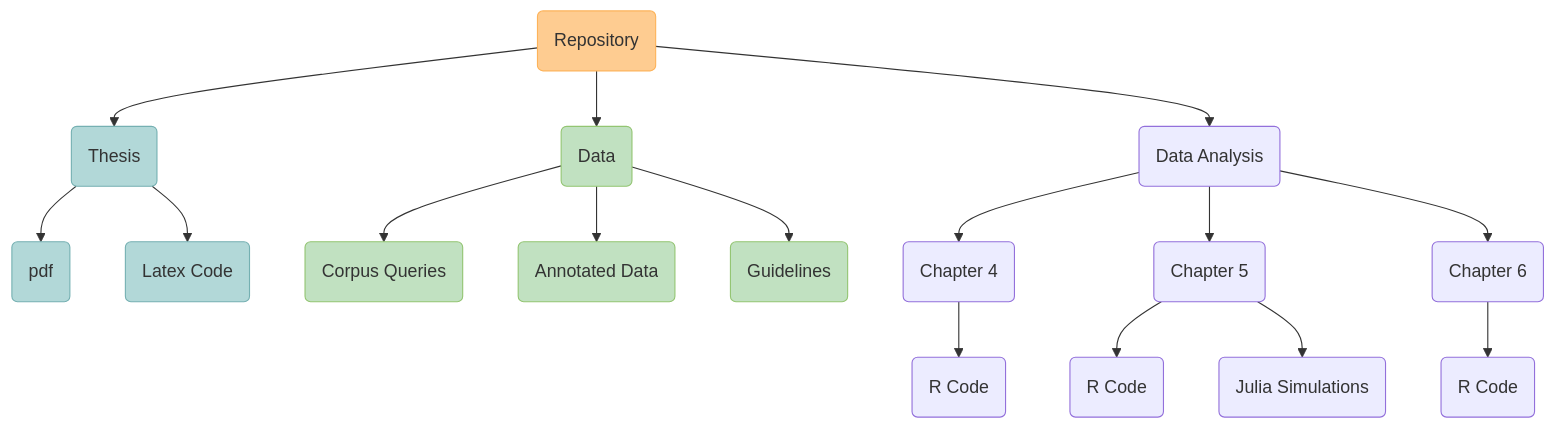
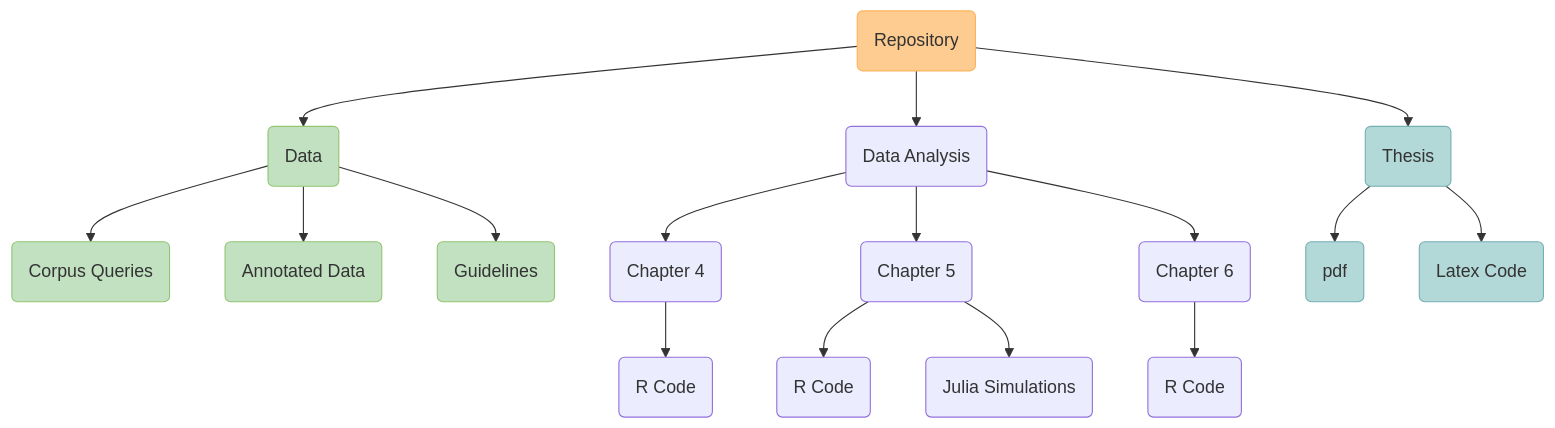
Before and after one commit to Raquel-Montero/PhDThesis: the diagram in README.md, drawn with Mermaid. The commit also changed other lines of this file, not shown here.

````diff
--- a/README.md
+++ b/README.md
@@ -11,27 +11,27 @@
 ```mermaid
 graph TD;
-    A(Repository) --> B(Thesis);
-    B(Thesis) --> B1(pdf);
-    B(Thesis) --> B2(Latex Code);
     A(Repository) --> Q(Data);
     Q(Data) --> Q1(Corpus Queries);
     Q(Data) --> Q2(Annotated Data);
     Q(Data) --> Q3(Guidelines);
     A(Repository)--> C(Data Analysis);
     C(Data Analysis) --> D(Chapter 4);
     D(Chapter 4) --> D1(R Code);
     C(Data Analysis) --> E(Chapter 5);
     E(Chapter 5) --> E1(R Code);
     E(Chapter 5) --> E2(Julia Simulations);
     C(Data Analysis) --> F(Chapter 6);
     F(Chapter 6) --> F1(R Code);
+    A(Repository) --> B(Thesis);
+    B(Thesis) --> B1(pdf);
+    B(Thesis) --> B2(Latex Code);
 
 style A fill:#fecc91, stroke:#fdb35a
 style Q fill:#C1E1C1, stroke:#93C572
 style Q1 fill:#C1E1C1, stroke:#93C572
 style Q2 fill:#C1E1C1, stroke:#93C572
 style Q3 fill:#C1E1C1, stroke:#93C572
 style B fill:#b2d8d8, stroke:#75b0b2
 style B1 fill:#b2d8d8, stroke:#75b0b2
 style B2 fill:#b2d8d8, stroke:#75b0b2
 ```
````
